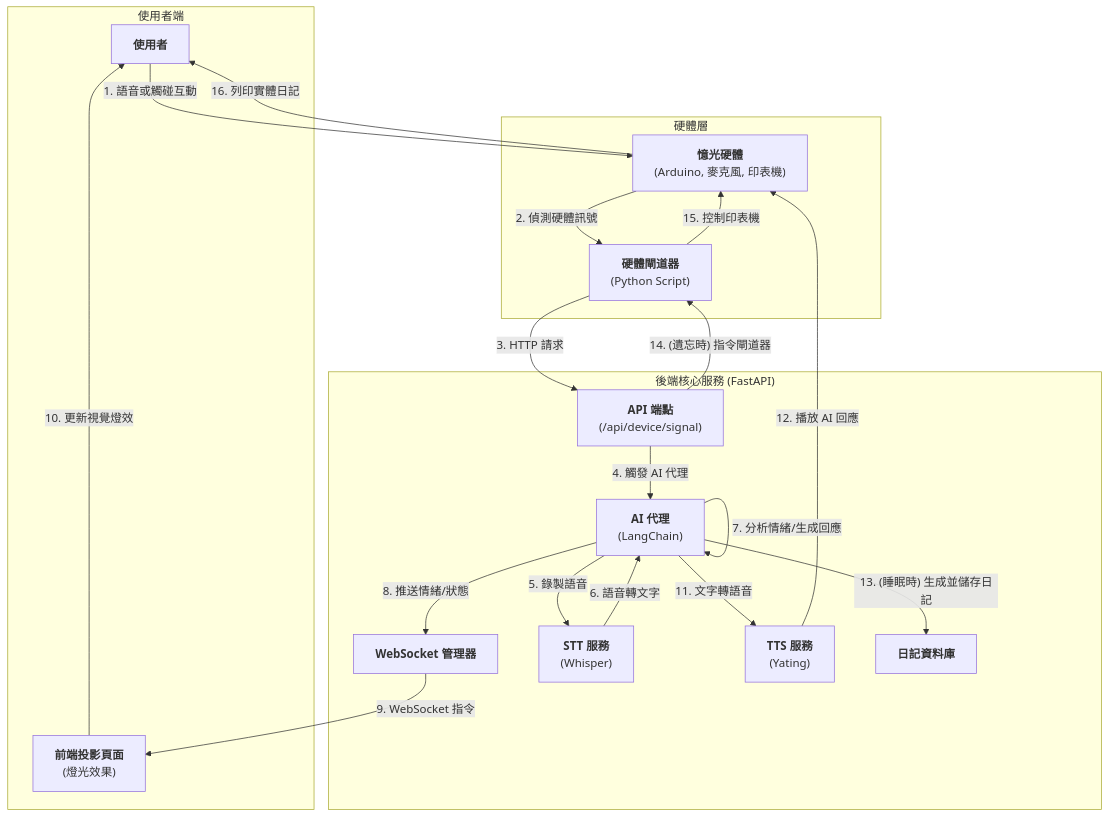
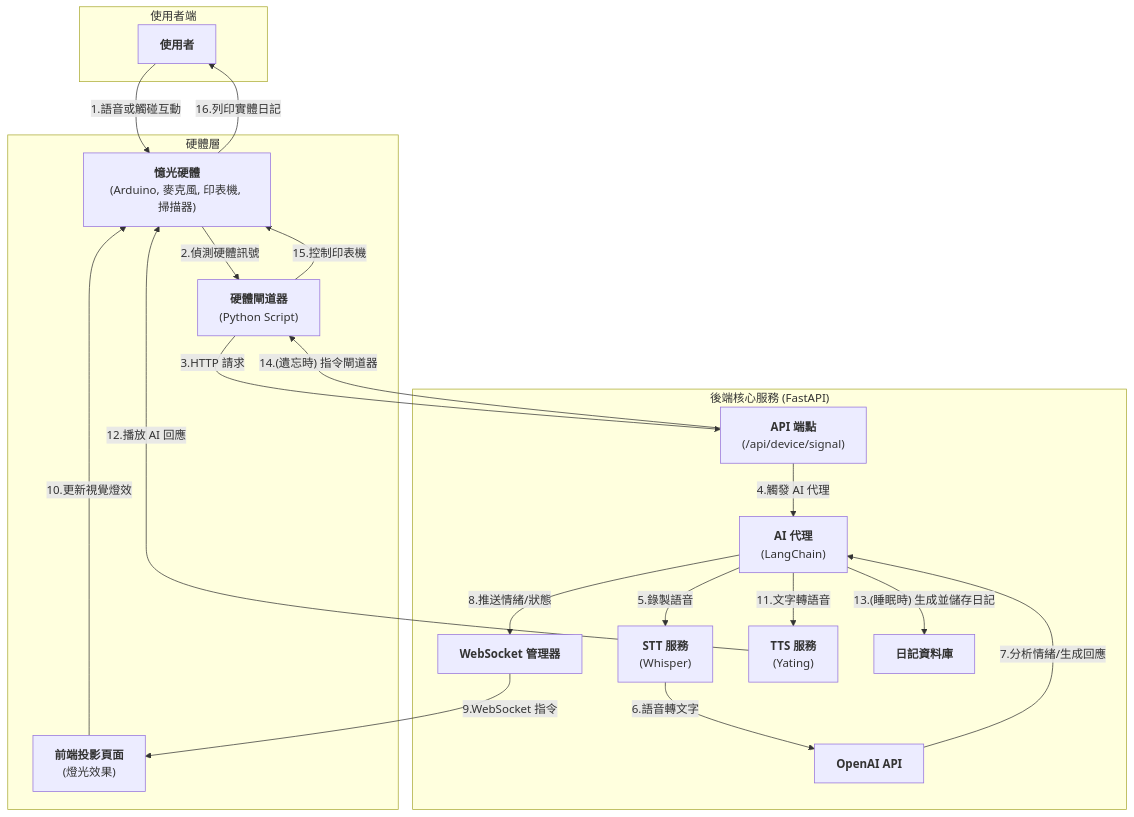
One commit to iridiumtao/OpenHCI25-Oblivilight changed the diagram in backend/README.md. Above: the diagram before and after it, drawn with Mermaid.

Commit message:
docs: update system architecture flowchart

````diff
--- a/backend/README.md
+++ b/backend/README.md
@@ -18,38 +18,39 @@
 ```mermaid
 graph TD
     subgraph "使用者端"
         A["<B>使用者</B>"]
-        P["<B>前端投影頁面</B><br/>(燈光效果)"]
     end
 
     subgraph "硬體層"
-        H["<B>憶光硬體</B><br/>(Arduino, 麥克風, 印表機)"]
+        H["<B>憶光硬體</B><br/>(Arduino, 麥克風, 印表機, 掃描器)"]
         G["<B>硬體閘道器</B><br/>(Python Script)"]
+        P["<B>前端投影頁面</B><br/>(燈光效果)"]
     end
 
     subgraph "後端核心服務 (FastAPI)"
         B["<B>API 端點</B><br/>(/api/device/signal)"]
         C["<B>AI 代理</B><br/>(LangChain)"]
         D["<B>WebSocket 管理器</B>"]
         E["<B>STT 服務</B><br/>(Whisper)"]
         F["<B>TTS 服務</B><br/>(Yating)"]
         M["<B>日記資料庫</B>"]
+        N["<B>OpenAI API</B>"]
     end
 
-    A -- "1. 語音或觸碰互動" --> H;
-    H -- "2. 偵測硬體訊號" --> G;
-    G -- "3. HTTP 請求" --> B;
-    B -- "4. 觸發 AI 代理" --> C;
-    C -- "5. 錄製語音" --> E;
-    E -- "6. 語音轉文字" --> C;
-    C -- "7. 分析情緒/生成回應" --> C;
-    C -- "8. 推送情緒/狀態" --> D;
-    D -- "9. WebSocket 指令" --> P;
-    P -- "10. 更新視覺燈效" --> A;
-    C -- "11. 文字轉語音" --> F;
-    F -- "12. 播放 AI 回應" --> H;
-    C -- "13. (睡眠時) 生成並儲存日記" --> M;
-    B -- "14. (遺忘時) 指令閘道器" --> G;
-    G -- "15. 控制印表機" --> H;
-    H -- "16. 列印實體日記" --> A;
+    A -- 1.語音或觸碰互動 --> H;
+    H -- 2.偵測硬體訊號 --> G;
+    G -- 3.HTTP 請求 --> B;
+    B -- 4.觸發 AI 代理 --> C;
+    C -- 5.錄製語音 --> E;
+    E -- 6.語音轉文字 --> N;
+    N -- 7.分析情緒/生成回應 --> C;
+    C -- 8.推送情緒/狀態 --> D;
+    D -- 9.WebSocket 指令 --> P;
+    P -- 10.更新視覺燈效 --> H;
+    C -- 11.文字轉語音 --> F;
+    F -- 12.播放 AI 回應 --> H;
+    C -- 13.(睡眠時) 生成並儲存日記 --> M;
+    B -- 14.(遺忘時) 指令閘道器 --> G;
+    G -- 15.控制印表機 --> H;
+    H -- 16.列印實體日記 --> A;
 ```
````
